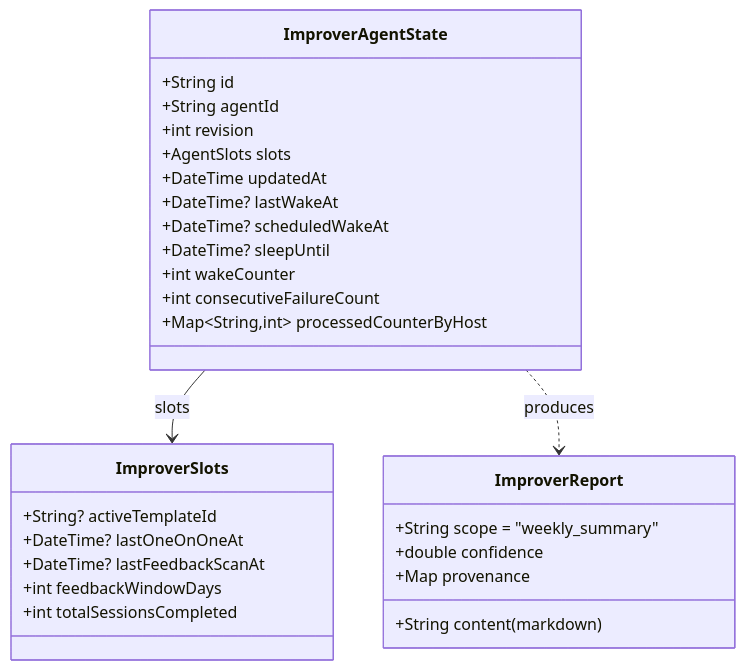
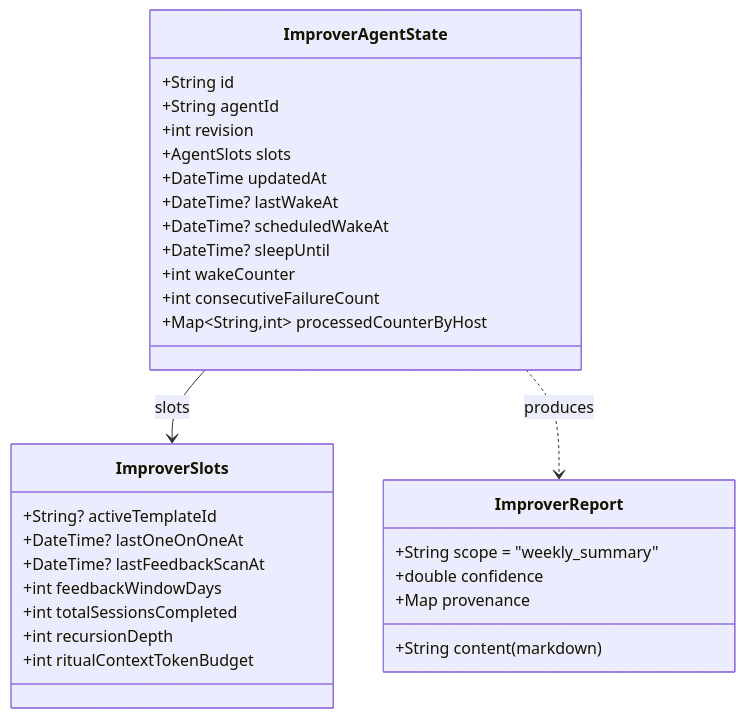
The fifth of 16 diagrams in docs/implementation_plans/2026-03-01_weekly_one_on_one_self_learning_cycle.md (matthiasn/lotti), drawn with Mermaid before and after one commit. The commit also changed other lines of this file and 2 other files, not shown here.

````diff
--- a/docs/implementation_plans/2026-03-01_weekly_one_on_one_self_learning_cycle.md
+++ b/docs/implementation_plans/2026-03-01_weekly_one_on_one_self_learning_cycle.md
@@ -277,34 +269,36 @@
 ```mermaid
 classDiagram
     class ImproverAgentState {
         +String id
         +String agentId
         +int revision
         +AgentSlots slots
         +DateTime updatedAt
         +DateTime? lastWakeAt
         +DateTime? scheduledWakeAt
         +DateTime? sleepUntil
         +int wakeCounter
         +int consecutiveFailureCount
         +Map~String,int~ processedCounterByHost
     }
 
     class ImproverSlots {
         +String? activeTemplateId
         +DateTime? lastOneOnOneAt
         +DateTime? lastFeedbackScanAt
         +int feedbackWindowDays
         +int totalSessionsCompleted
+        +int recursionDepth
+        +int ritualContextTokenBudget
     }
 
     class ImproverReport {
         +String scope = "weekly_summary"
         +String content (markdown)
         +double confidence
         +Map provenance
     }
 
     ImproverAgentState --> ImproverSlots : slots
     ImproverAgentState ..> ImproverReport : produces
 ```
````
